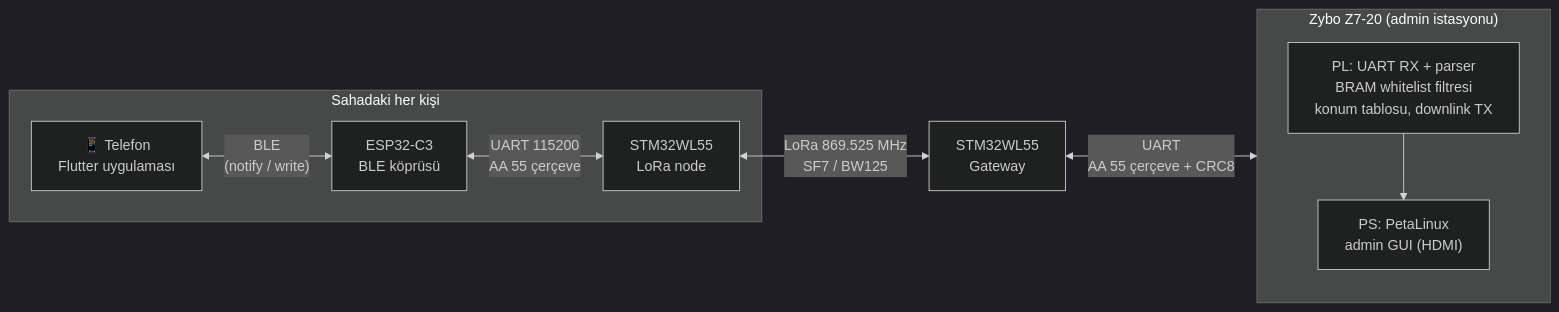
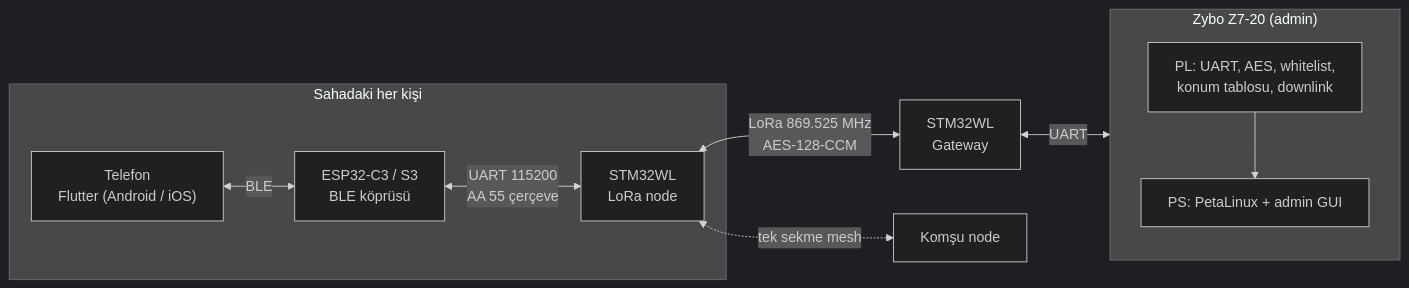
Before and after one commit to aykutaslantas/lora-sub-ghz-atak-system: the diagram in README.md, drawn with Mermaid (dark theme). The commit also changed other lines of this file and 84 other files, not shown here.

First line of the commit message:
V1.16: takımlı kimlik, ACK, tek sekme mesh, AES-128-CCM güvenlik, iOS

````diff
--- a/README.md
+++ b/README.md
@@ -15,12 +10,13 @@
 ```mermaid
 flowchart LR
     subgraph Saha["Sahadaki her kişi"]
-        P["📱 Telefon<br/>Flutter uygulaması"] <-- "BLE<br/>(notify / write)" --> E["ESP32-C3<br/>BLE köprüsü"]
-        E <-- "UART 115200<br/>AA 55 çerçeve" --> N["STM32WL55<br/>LoRa node"]
+        P["Telefon<br/>Flutter (Android / iOS)"] <-- "BLE" --> E["ESP32-C3 / S3<br/>BLE köprüsü"]
+        E <-- "UART 115200<br/>AA 55 çerçeve" --> N["STM32WL<br/>LoRa node"]
     end
-    N <-- "LoRa 869.525 MHz<br/>SF7 / BW125" --> G["STM32WL55<br/>Gateway"]
-    G <-- "UART<br/>AA 55 çerçeve + CRC8" --> Z
-    subgraph Z["Zybo Z7-20 (admin istasyonu)"]
-        PL["PL: UART RX + parser<br/>BRAM whitelist filtresi<br/>konum tablosu, downlink TX"] --> PS["PS: PetaLinux<br/>admin GUI (HDMI)"]
+    N <-- "LoRa 869.525 MHz<br/>AES-128-CCM" --> G["STM32WL<br/>Gateway"]
+    N <-. "tek sekme mesh" .-> N2["Komşu node"]
+    G <-- "UART" --> Z
+    subgraph Z["Zybo Z7-20 (admin)"]
+        PL["PL: UART, AES, whitelist,<br/>konum tablosu, downlink"] --> PS["PS: PetaLinux + admin GUI"]
     end
 ```
````
